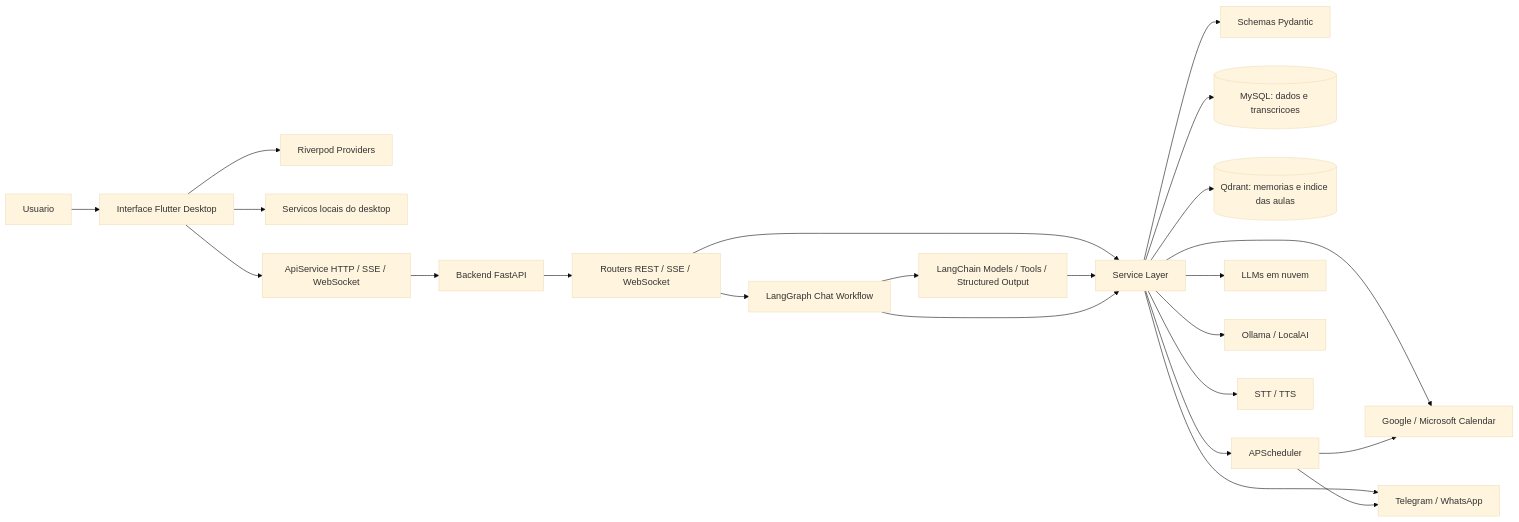
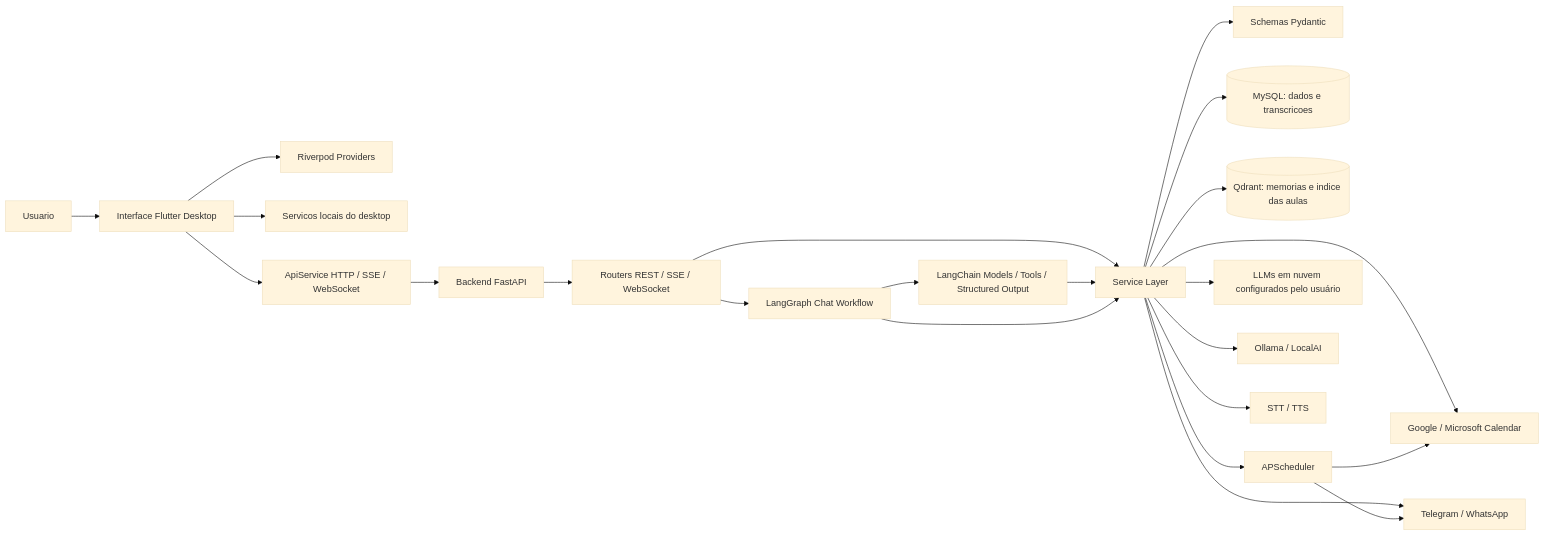
One commit to m4n1nh0/assistant_app changed the first of 9 diagrams in README.md. Above: the diagram before and after it, drawn with Mermaid (base theme). The commit also changed other lines of this file and 24 other files, not shown here.

````diff
--- a/README.md
+++ b/README.md
@@ -72,29 +72,29 @@
 ```mermaid
 flowchart LR
     User[Usuario] --> UI[Interface Flutter Desktop]
 
     UI --> State[Riverpod Providers]
     UI --> LocalServices[Servicos locais do desktop]
     UI --> ApiClient[ApiService HTTP / SSE / WebSocket]
 
     ApiClient --> FastAPI[Backend FastAPI]
 
     FastAPI --> Routers[Routers REST / SSE / WebSocket]
     Routers --> ChatGraph[LangGraph Chat Workflow]
     Routers --> Services[Service Layer]
     ChatGraph --> AgentLayer[LangChain Models / Tools / Structured Output]
     AgentLayer --> Services
     ChatGraph --> Services
     Services --> Models[Schemas Pydantic]
     Services --> DB[(MySQL: dados e transcricoes)]
     Services --> Vector[(Qdrant: memorias e indice das aulas)]
     Services --> Scheduler[APScheduler]
-    Services --> LLMs[LLMs em nuvem]
+    Services --> UserLLMs[LLMs em nuvem configurados pelo usuário]
     Services --> Ollama[Ollama / LocalAI]
     Services --> Calendar[Google / Microsoft Calendar]
     Services --> Notify[Telegram / WhatsApp]
     Services --> Voice[STT / TTS]
 
     Scheduler --> Calendar
     Scheduler --> Notify
 ```
````
